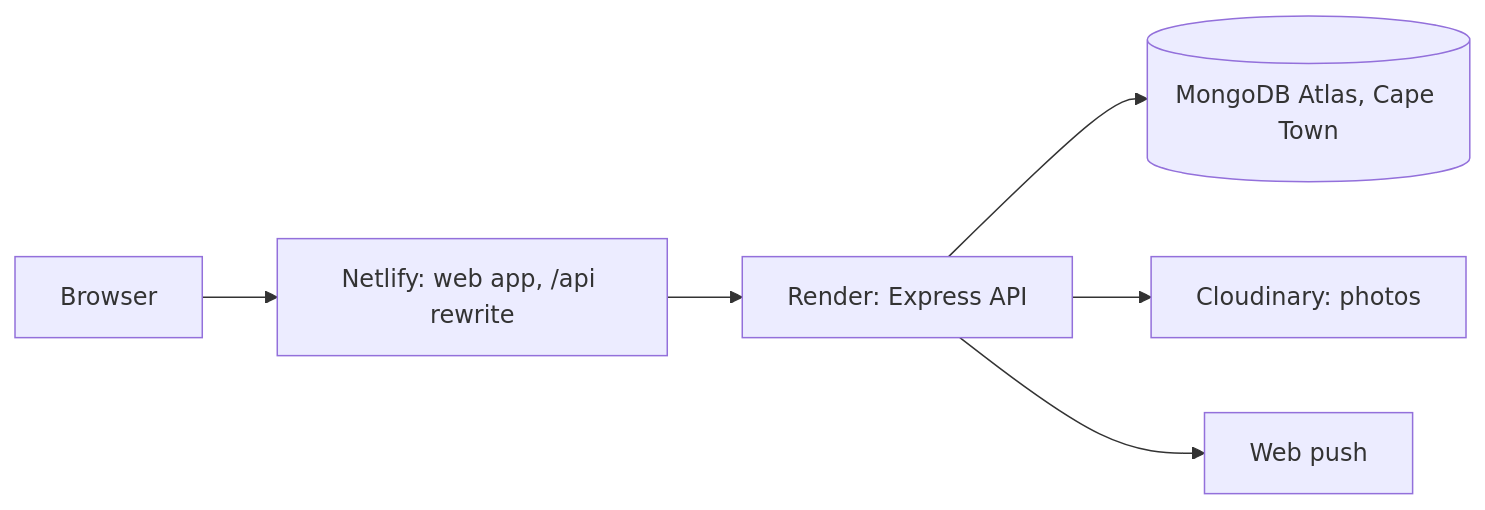
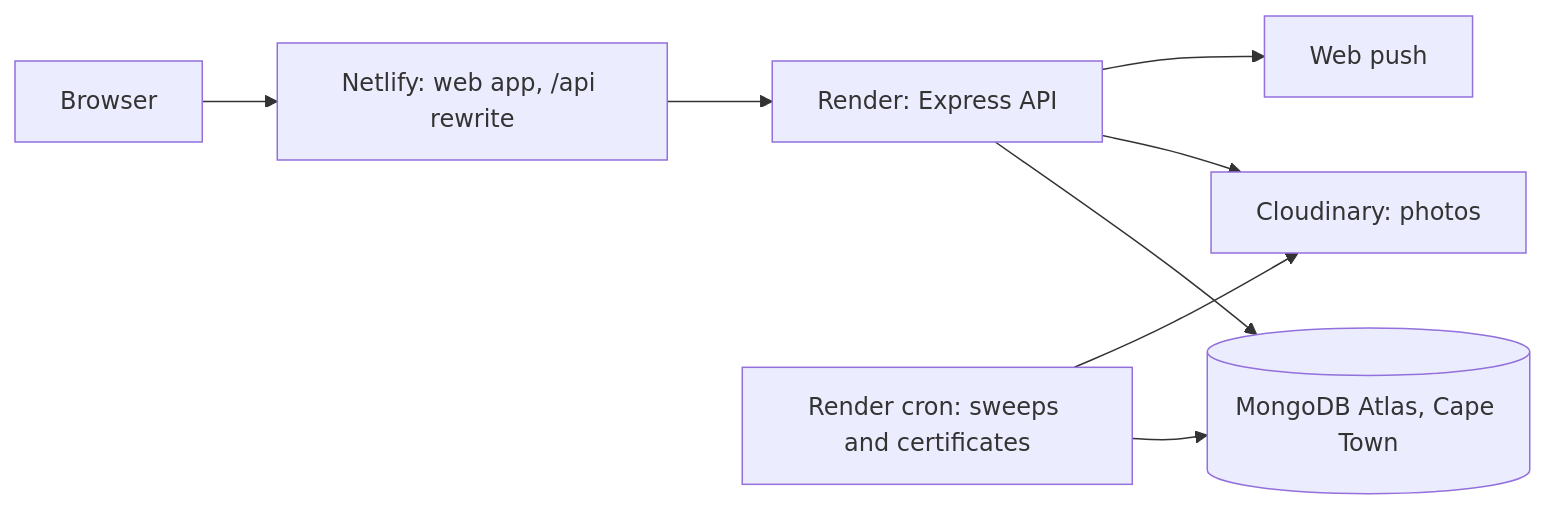
The diagram in README.md (MOGI-GENERAL/insy7315-task-2-submit), drawn with Mermaid before and after one commit. The commit also changed other lines of this file and 1 other file, not shown here.

Commit message:
docs: describe the always-on API and the cron service

````diff
--- a/README.md
+++ b/README.md
@@ -43,8 +39,10 @@
 ```mermaid
 flowchart LR
   Browser --> Netlify["Netlify: web app, /api rewrite"]
   Netlify --> API["Render: Express API"]
   API --> Atlas[("MongoDB Atlas, Cape Town")]
   API --> Cloudinary["Cloudinary: photos"]
   API --> Push["Web push"]
+  Jobs["Render cron: sweeps and certificates"] --> Atlas
+  Jobs --> Cloudinary
 ```
````
